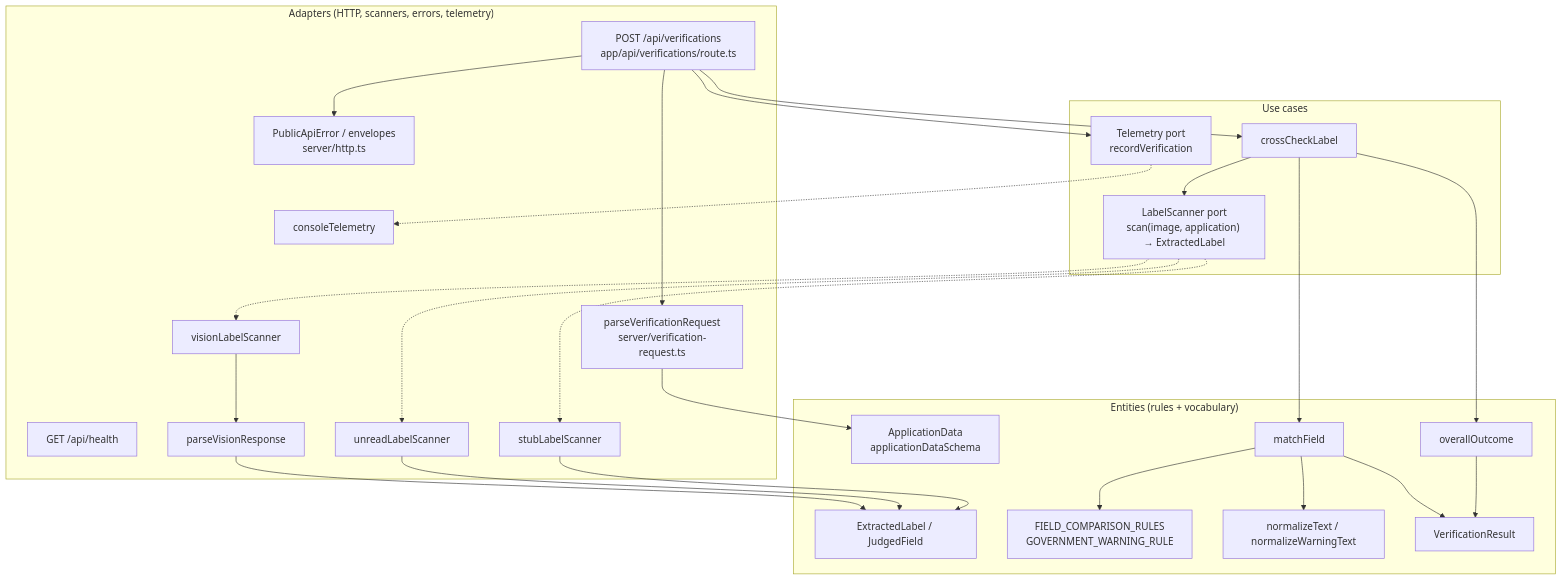
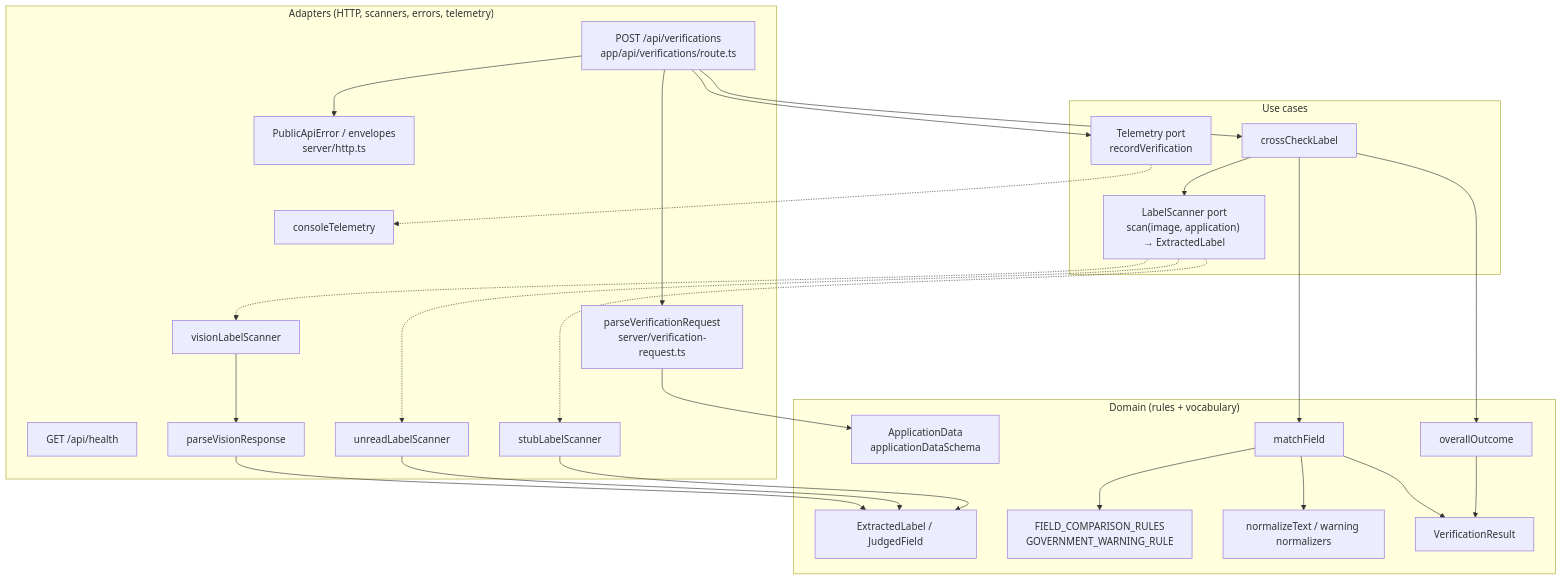
One commit to Jransom33/TTB_label_verifier changed the first of 4 diagrams in architecture.md. Above: the diagram before and after it, drawn with Mermaid. The commit also changed other lines of this file and 12 other files, not shown here.

Commit message:
organized the readme.md file and the architecture.md file to improve clarity.

````diff
--- a/architecture.md
+++ b/architecture.md
@@ -7,51 +11,51 @@
 ```mermaid
 flowchart TB
   subgraph adapters ["Adapters (HTTP, scanners, errors, telemetry)"]
     Route["POST /api/verifications<br/>app/api/verifications/route.ts"]
     Health["GET /api/health"]
     Parse["parseVerificationRequest<br/>server/verification-request.ts"]
     Http["PublicApiError / envelopes<br/>server/http.ts"]
     Unread["unreadLabelScanner"]
     Stub["stubLabelScanner"]
     Vision["visionLabelScanner"]
     VisionParse["parseVisionResponse"]
     Console["consoleTelemetry"]
   end
 
   subgraph usecases ["Use cases"]
     CrossCheck["crossCheckLabel"]
     Port["LabelScanner port<br/>scan(image, application) → ExtractedLabel"]
     TelemetryPort["Telemetry port<br/>recordVerification"]
   end
 
-  subgraph domain ["Entities (rules + vocabulary)"]
+  subgraph domain ["Domain (rules + vocabulary)"]
     App["ApplicationData<br/>applicationDataSchema"]
     Extracted["ExtractedLabel / JudgedField"]
     Rules["FIELD_COMPARISON_RULES<br/>GOVERNMENT_WARNING_RULE"]
     Match["matchField"]
-    Norm["normalizeText / normalizeWarningText"]
+    Norm["normalizeText / warning normalizers"]
     Outcome["overallOutcome"]
     Result["VerificationResult"]
   end
 
   Route --> Parse
   Route --> CrossCheck
   Route --> Http
   Route --> TelemetryPort
   Parse --> App
   CrossCheck --> Port
   CrossCheck --> Match
   CrossCheck --> Outcome
   Port -.-> Unread
   Port -.-> Stub
   Port -.-> Vision
   TelemetryPort -.-> Console
   Vision --> VisionParse
   VisionParse --> Extracted
   Unread --> Extracted
   Stub --> Extracted
   Match --> Rules
   Match --> Norm
   Match --> Result
   Outcome --> Result
 ```
````
